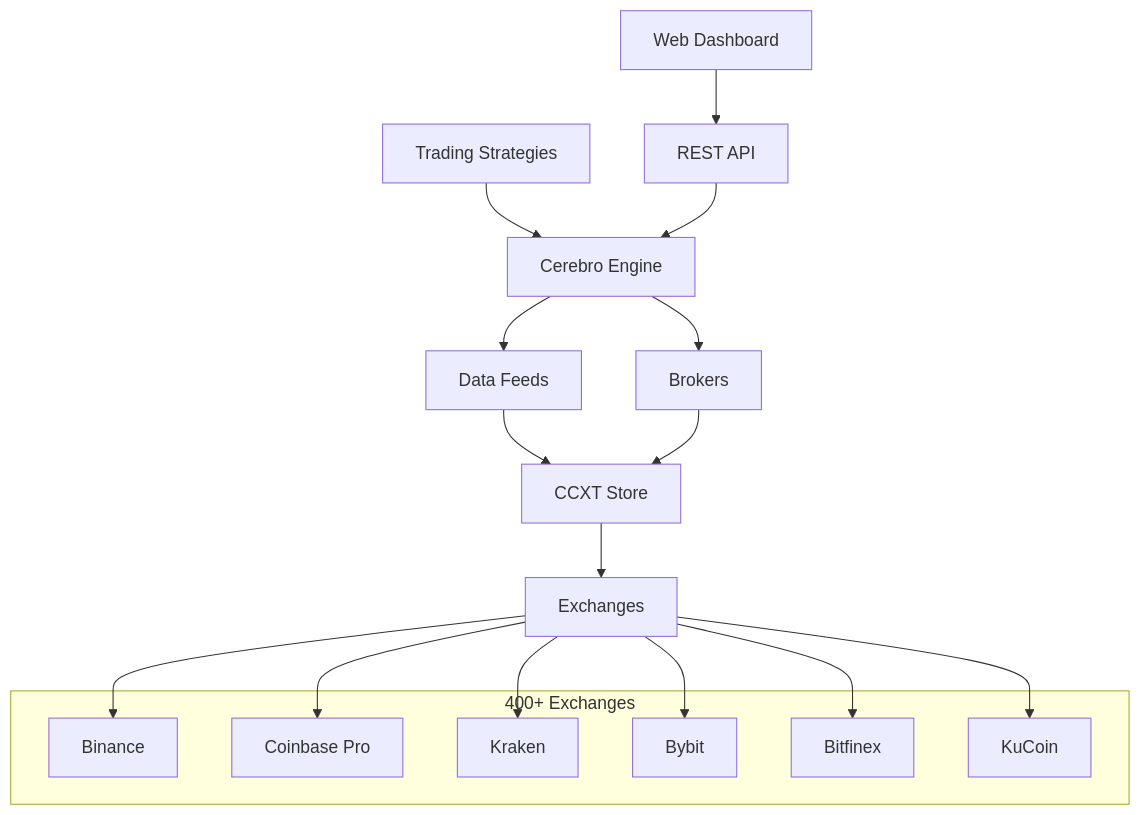
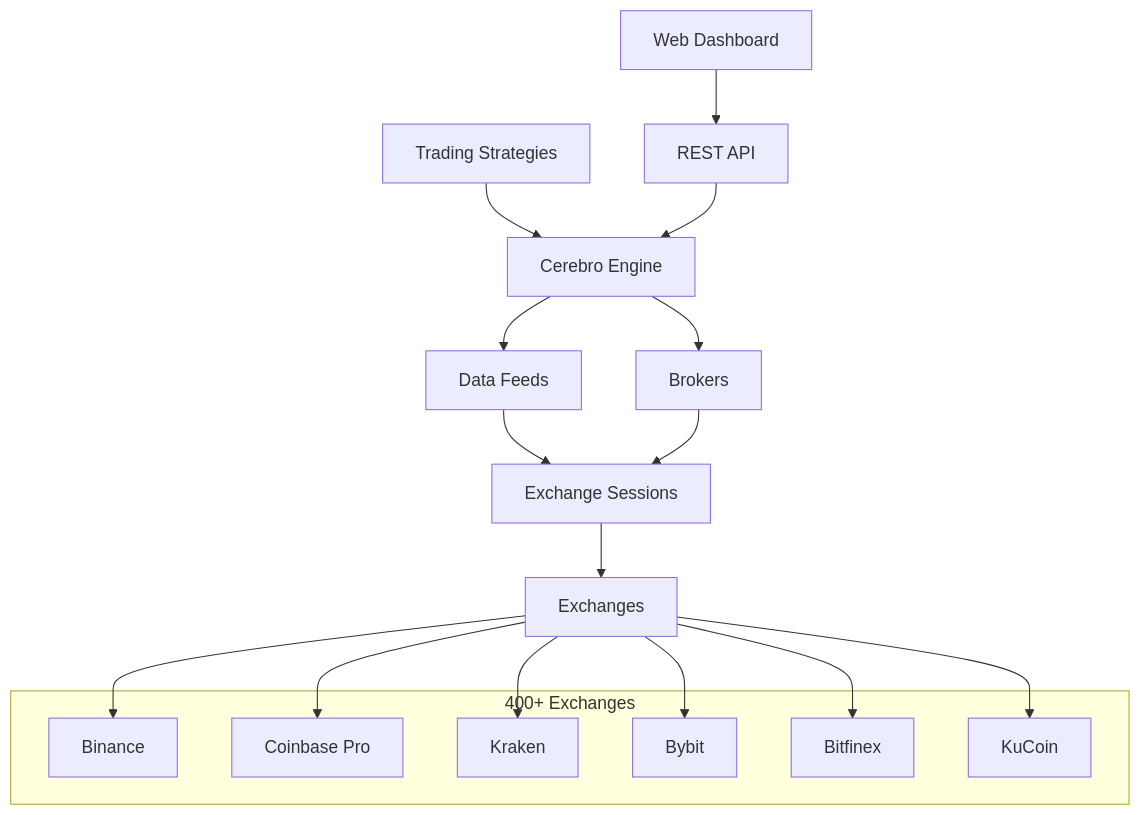
Before and after one commit to cracktrader/docs: the diagram in index.md, drawn with Mermaid. The commit also changed other lines of this file and 7 other files, not shown here.

````diff
--- a/index.md
+++ b/index.md
@@ -95,28 +98,28 @@
 ```mermaid
 graph TB
     A[Trading Strategies] --> B[Cerebro Engine]
     B --> C[Data Feeds]
     B --> D[Brokers]
-    C --> E[CCXT Store]
+    C --> E[Exchange Sessions]
     D --> E
     E --> F[Exchanges]
 
     G[Web Dashboard] --> H[REST API]
     H --> B
 
     subgraph "400+ Exchanges"
         F1[Binance]
         F2[Coinbase Pro]
         F3[Kraken]
         F4[Bybit]
         F5[Bitfinex]
         F6[KuCoin]
     end
 
     F --> F1
     F --> F2
     F --> F3
     F --> F4
     F --> F5
     F --> F6
 ```
````
